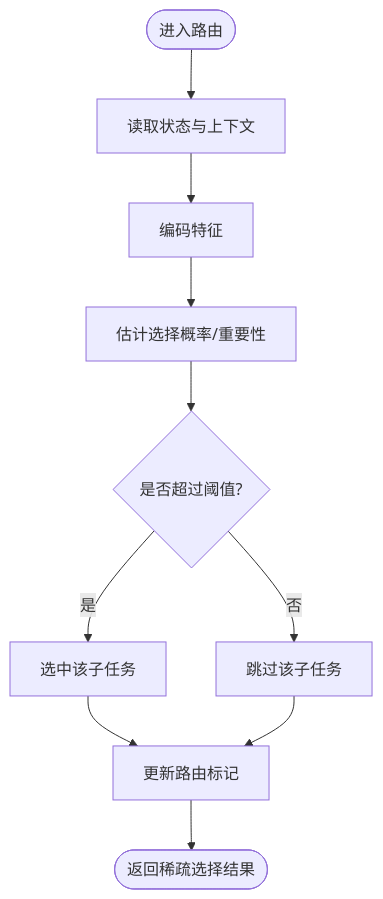
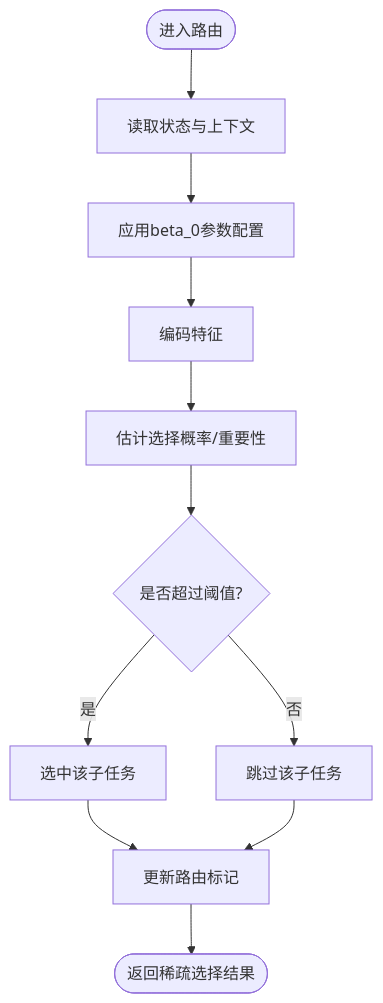
The third of 5 diagrams in .qoder/repowiki/zh/content/核心架构/实验框架/实验框架.md (QuStarry/VIB-SparseCommunication), drawn with Mermaid before and after one commit. The commit also changed other lines of this file and 32 other files, not shown here.

````diff
--- a/.qoder/repowiki/zh/content/核心架构/实验框架/实验框架.md
+++ b/.qoder/repowiki/zh/content/核心架构/实验框架/实验框架.md
@@ -197,12 +199,13 @@
 ```mermaid
 flowchart TD
 Start(["进入路由"]) --> ReadState["读取状态与上下文"]
-ReadState --> Encode["编码特征"]
+ReadState --> BetaConfig["应用beta_0参数配置"]
+BetaConfig --> Encode["编码特征"]
 Encode --> Estimate["估计选择概率/重要性"]
 Estimate --> Threshold{"是否超过阈值?"}
 Threshold --> |是| Select["选中该子任务"]
 Threshold --> |否| Skip["跳过该子任务"]
 Select --> Update["更新路由标记"]
 Skip --> Update
 Update --> End(["返回稀疏选择结果"])
 ```
````
